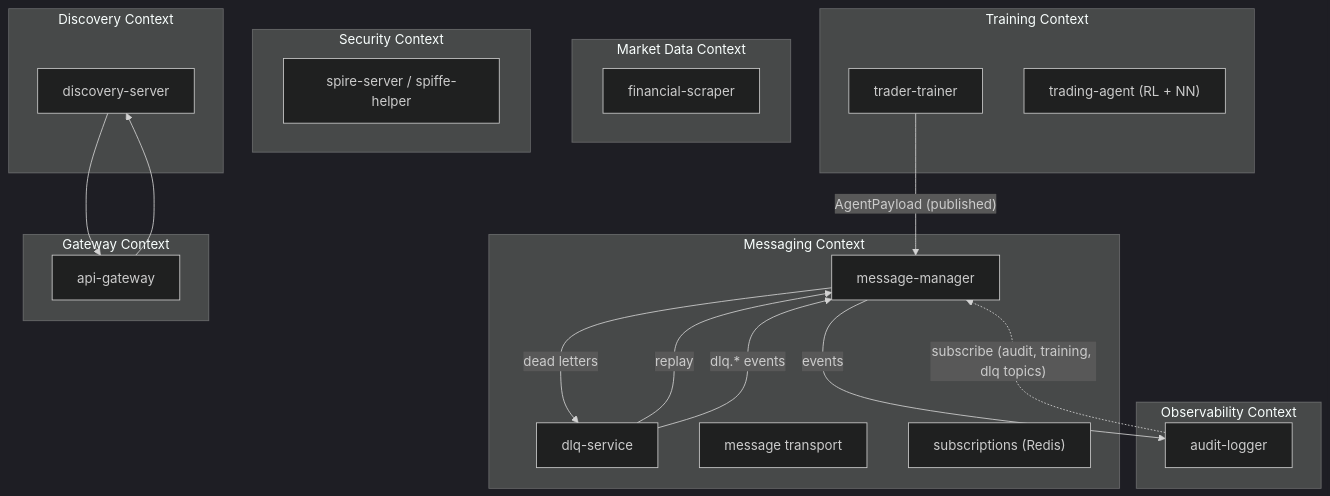
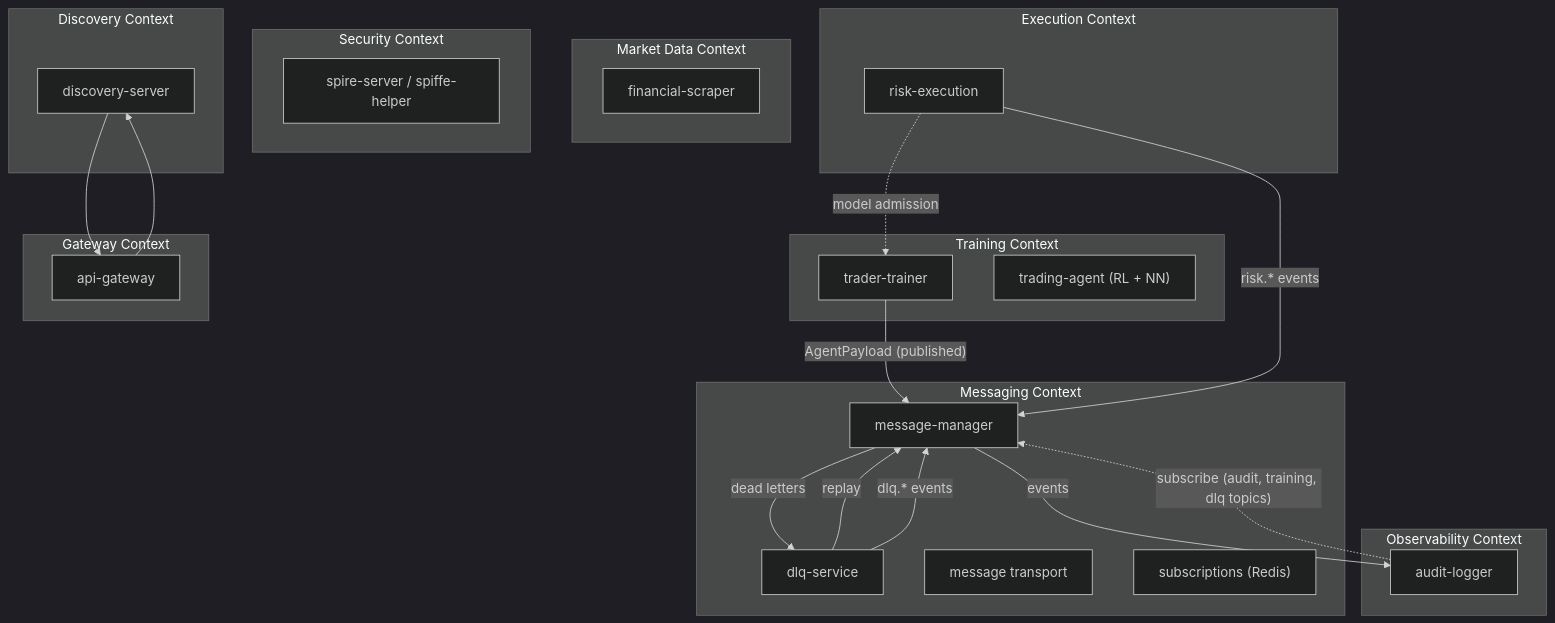
Before and after one commit to docteur-turboss/trading-model: the diagram in docs/architecture/bounded-contexts.md, drawn with Mermaid (dark theme). The commit also changed other lines of this file and 4 other files, not shown here.

First line of the commit message:
:memo:(docs): ramener system-overview et bounded-contexts au code (risk-execution, model-evaluator, signaux, ADR-0073)

````diff
--- a/docs/architecture/bounded-contexts.md
+++ b/docs/architecture/bounded-contexts.md
@@ -7,37 +7,42 @@
 ```mermaid
 graph TD
     subgraph "Market Data Context"
         FS["financial-scraper"]
     end
     subgraph "Training Context"
         TT["trader-trainer"]
         TS["trading-agent (RL + NN)"]
     end
     subgraph "Messaging Context"
         MM["message-manager"]
         DLQ["dlq-service"]
         MT["message transport"]
         SUB["subscriptions (Redis)"]
     end
     subgraph "Security Context"
         SP["spire-server / spiffe-helper"]
     end
     subgraph "Discovery Context"
         DS["discovery-server"]
     end
     subgraph "Observability Context"
         AL["audit-logger"]
     end
     subgraph "Gateway Context"
         GW["api-gateway"]
     end
+    subgraph "Execution Context"
+        RE["risk-execution"]
+    end
 
     TT -->|"AgentPayload (published)"| MM
     MM -->|"events"| AL
     AL -.->|"subscribe (audit, training, dlq topics)"| MM
     MM -->|"dead letters"| DLQ
     DLQ -->|"replay"| MM
     DLQ -->|"dlq.* events"| MM
     DS --> GW
+    RE -->|"risk.* events"| MM
+    RE -.->|"model admission"| TT
     GW --> DS
 ```
````
